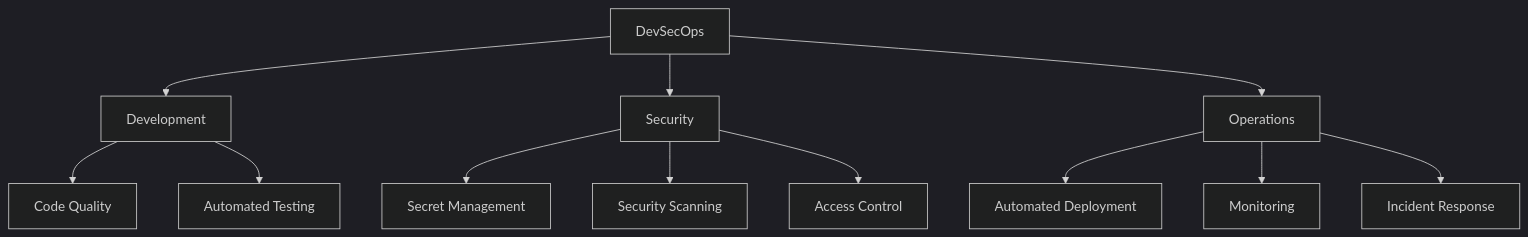
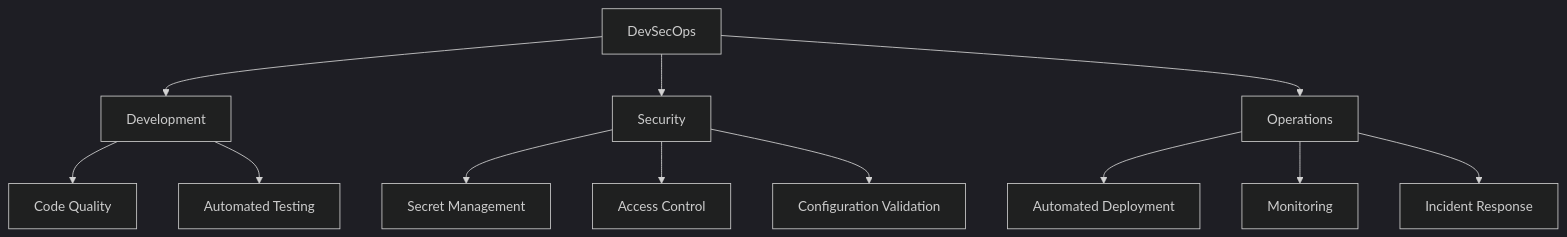
One commit to 4gh0rn/dev-blog changed the second of 11 diagrams in docs/projects/conduit-deployment.md. Above: the diagram before and after it, drawn with Mermaid (dark theme). The commit also changed other lines of this file, not shown here.

Commit message:
Update conduit-deployment documentation: modify pipeline stages to reflect changes in security scanning and deployment processes, add notes on recommended security practices, and enhance clarity in workflow diagrams.

````diff
--- a/docs/projects/conduit-deployment.md
+++ b/docs/projects/conduit-deployment.md
@@ -77,17 +77,17 @@
 ```mermaid
 graph TB
     A[DevSecOps] --> B[Development]
     A --> C[Security]
     A --> D[Operations]
     
     B --> B1[Code Quality]
     B --> B2[Automated Testing]
     
     C --> C1[Secret Management]
-    C --> C2[Security Scanning]
-    C --> C3[Access Control]
+    C --> C2[Access Control]
+    C --> C3[Configuration Validation]
     
     D --> D1[Automated Deployment]
     D --> D2[Monitoring]
     D --> D3[Incident Response]
 ```
````
